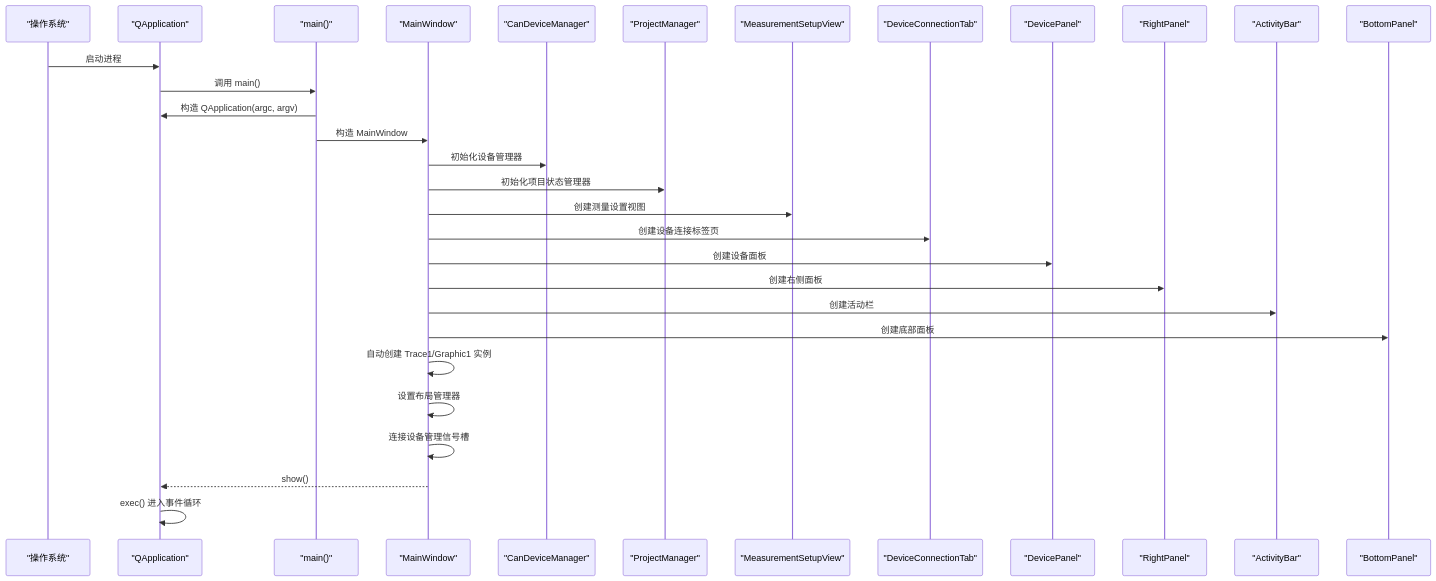
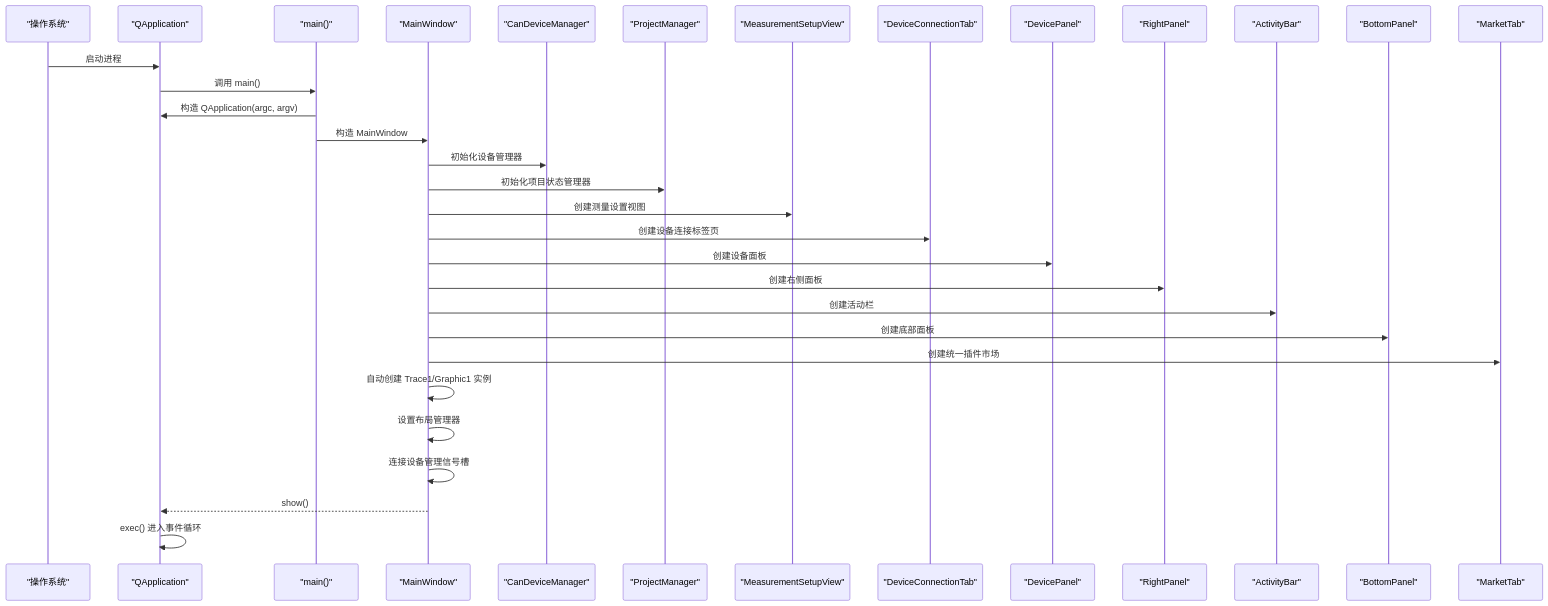
One commit to jakecai1225-design/OpenBus changed the second of 13 diagrams in .qoder/repowiki/zh/content/核心模块详解/主窗口组件.md. Above: the diagram before and after it, drawn with Mermaid. The commit also changed other lines of this file and 70 other files, not shown here.

````diff
--- a/.qoder/repowiki/zh/content/核心模块详解/主窗口组件.md
+++ b/.qoder/repowiki/zh/content/核心模块详解/主窗口组件.md
@@ -137,32 +142,34 @@
 ```mermaid
 sequenceDiagram
 participant OS as "操作系统"
 participant App as "QApplication"
 participant Main as "main()"
 participant MW as "MainWindow"
 participant CDM as "CanDeviceManager"
 participant PM as "ProjectManager"
 participant MSV as "MeasurementSetupView"
 participant DCT as "DeviceConnectionTab"
 participant DP as "DevicePanel"
 participant RP as "RightPanel"
 participant AB as "ActivityBar"
 participant BP as "BottomPanel"
+participant MT as "MarketTab"
 OS->>App : 启动进程
 App->>Main : 调用 main()
 Main->>App : 构造 QApplication(argc, argv)
 Main->>MW : 构造 MainWindow
 MW->>CDM : 初始化设备管理器
 MW->>PM : 初始化项目状态管理器
 MW->>MSV : 创建测量设置视图
 MW->>DCT : 创建设备连接标签页
 MW->>DP : 创建设备面板
 MW->>RP : 创建右侧面板
 MW->>AB : 创建活动栏
 MW->>BP : 创建底部面板
+MW->>MT : 创建统一插件市场
 MW->>MW : 自动创建 Trace1/Graphic1 实例
 MW->>MW : 设置布局管理器
 MW->>MW : 连接设备管理信号槽
 MW-->>App : show()
 App->>App : exec() 进入事件循环
 ```
````
